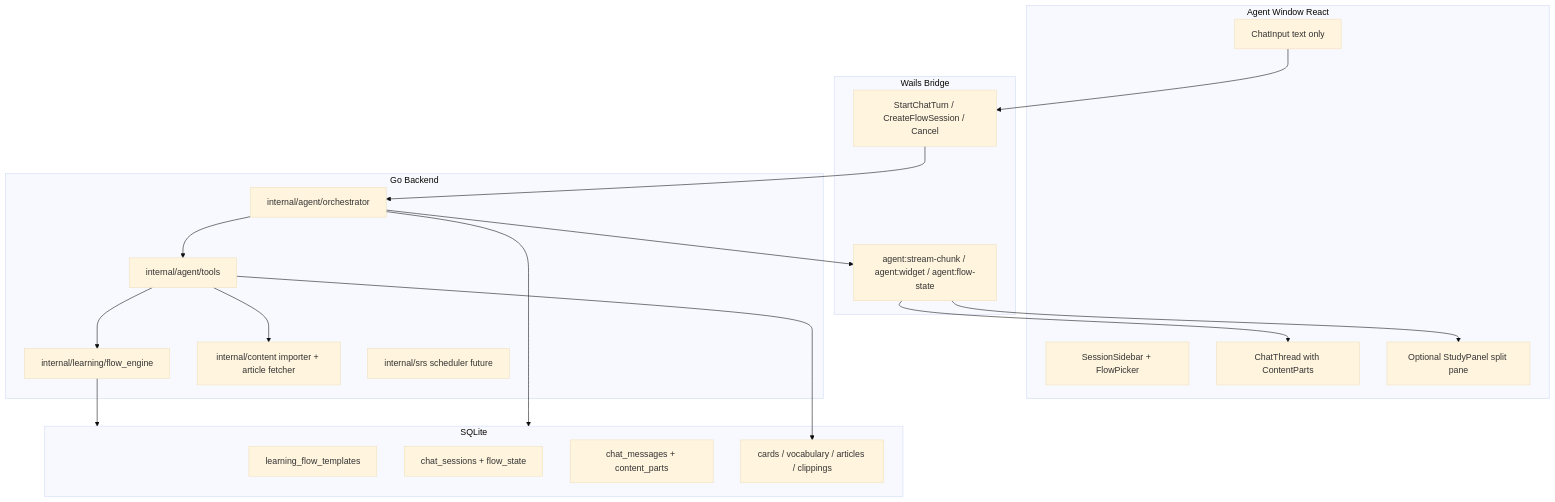
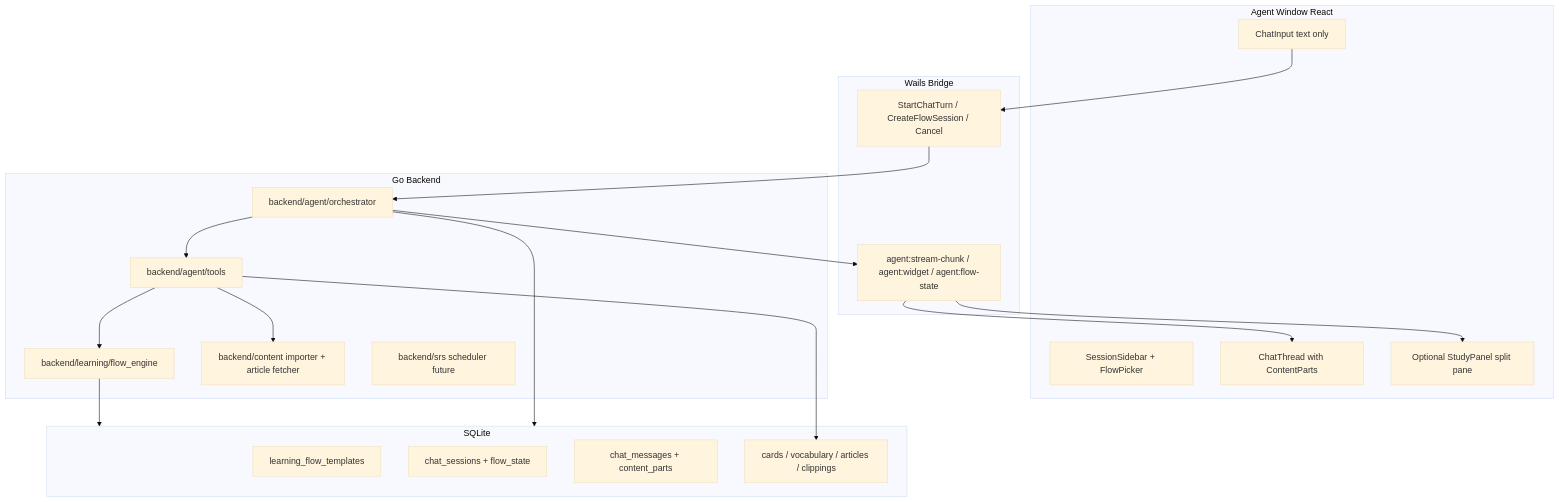
The first of 4 diagrams in docs/chat-learning-flows-plan.md (zcharym/talus-mofish), drawn with Mermaid (base theme) before and after one commit. The commit also changed other lines of this file and 162 other files, not shown here.

````diff
--- a/docs/chat-learning-flows-plan.md
+++ b/docs/chat-learning-flows-plan.md
@@ -54,41 +54,41 @@
 ```mermaid
 flowchart TB
   subgraph ui [Agent Window React]
     Sidebar[SessionSidebar + FlowPicker]
     Thread[ChatThread with ContentParts]
     Input[ChatInput text only]
     Panel[Optional StudyPanel split pane]
   end
 
   subgraph bridge [Wails Bridge]
     Bindings[StartChatTurn / CreateFlowSession / Cancel]
     Events[agent:stream-chunk / agent:widget / agent:flow-state]
   end
 
   subgraph go [Go Backend]
-    Orch[internal/agent/orchestrator]
-    FlowEngine[internal/learning/flow_engine]
-    Tools[internal/agent/tools]
-    Content[internal/content importer + article fetcher]
-    SRS[internal/srs scheduler future]
+    Orch[backend/agent/orchestrator]
+    FlowEngine[backend/learning/flow_engine]
+    Tools[backend/agent/tools]
+    Content[backend/content importer + article fetcher]
+    SRS[backend/srs scheduler future]
   end
 
   subgraph db [SQLite]
     Flows[learning_flow_templates]
     Sessions[chat_sessions + flow_state]
     Messages[chat_messages + content_parts]
     Domain[cards / vocabulary / articles / clippings]
   end
 
   Input --> Bindings
   Bindings --> Orch
   Orch --> Tools
   Tools --> FlowEngine
   Tools --> Content
   Tools --> Domain
   Orch --> Events
   Events --> Thread
   Events --> Panel
   FlowEngine --> db
   Orch --> db
 ```
````
